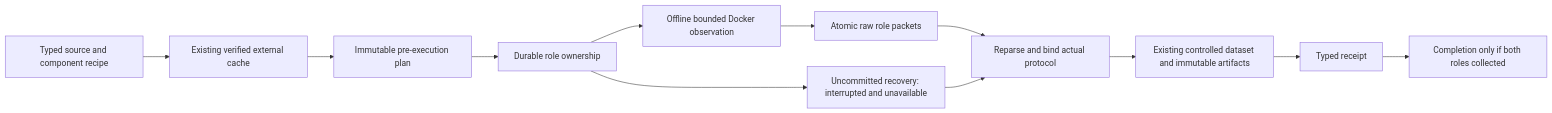
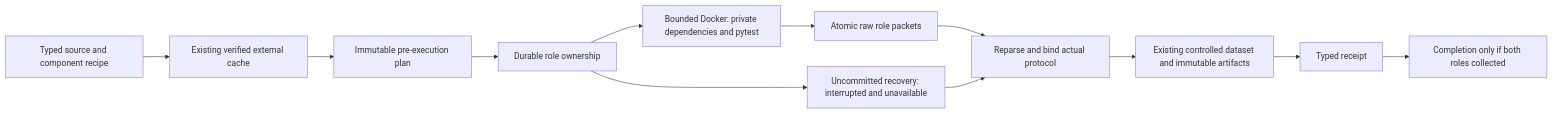
One commit to jacksonpradolima/coleman4hcs changed the diagram in docs/python-source-capture.md. Above: the diagram before and after it, drawn with Mermaid. The commit also changed other lines of this file and 16 other files, not shown here.

````diff
--- a/docs/python-source-capture.md
+++ b/docs/python-source-capture.md
@@ -171,14 +181,14 @@
 ```mermaid
 flowchart LR
     R[Typed source and component recipe] --> C[Existing verified external cache]
     C --> P[Immutable pre-execution plan]
     P --> S[Durable role ownership]
-    S --> D[Offline bounded Docker observation]
+    S --> D[Bounded Docker: private dependencies and pytest]
     D --> B[Atomic raw role packets]
     B --> V[Reparse and bind actual protocol]
     V --> G[Existing controlled dataset and immutable artifacts]
     G --> I[Typed receipt]
     I --> F[Completion only if both roles collected]
     S --> X[Uncommitted recovery: interrupted and unavailable]
     X --> V
 ```
````
